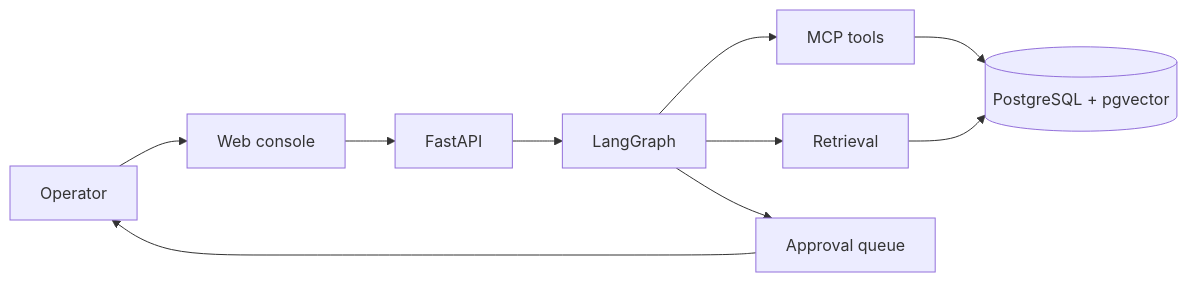
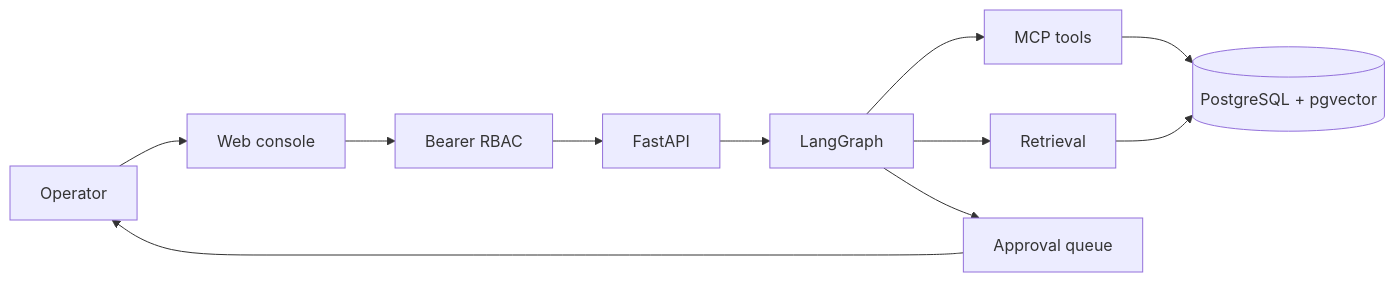
Before and after one commit to StrangePhoton/ForgeFlowAI: the diagram in README.md, drawn with Mermaid. The commit also changed other lines of this file and 116 other files, not shown here.

````diff
--- a/README.md
+++ b/README.md
@@ -37,12 +46,13 @@
 ```mermaid
 flowchart LR
     User[Operator] --> Web[Web console]
-    Web --> API[FastAPI]
+    Web --> Auth[Bearer RBAC]
+    Auth --> API[FastAPI]
     API --> Graph[LangGraph]
     Graph --> MCP[MCP tools]
     MCP --> DB[(PostgreSQL + pgvector)]
     Graph --> RAG[Retrieval]
     RAG --> DB
     Graph --> HITL[Approval queue]
     HITL --> User
 ```
````
